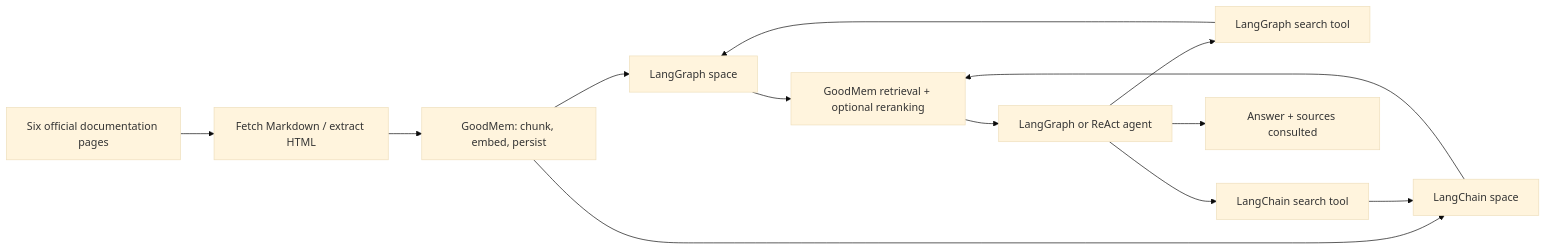
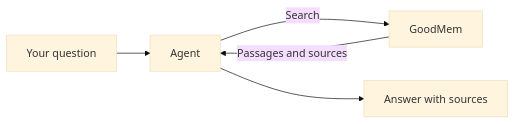
Before and after one commit to PAIR-Systems-Inc/Agentic_RAG_GoodMem: the diagram in README.md, drawn with Mermaid (base theme). The commit also changed other lines of this file and 2 other files, not shown here.

````diff
--- a/README.md
+++ b/README.md
@@ -7,15 +22,7 @@
 ```mermaid
 flowchart LR
-  D[Six official documentation pages] --> I[Fetch Markdown / extract HTML]
-  I --> G[GoodMem: chunk, embed, persist]
-  G --> S1[LangGraph space]
-  G --> S2[LangChain space]
-  A[LangGraph or ReAct agent] --> T1[LangGraph search tool]
-  A --> T2[LangChain search tool]
-  T1 --> S1
-  T2 --> S2
-  S1 --> R[GoodMem retrieval + optional reranking]
-  S2 --> R
-  R --> A
-  A --> O[Answer + sources consulted]
+  Q[Your question] --> A[Agent]
+  A -->|Search| G[GoodMem]
+  G -->|Passages and sources| A
+  A --> O[Answer with sources]
 ```
````
